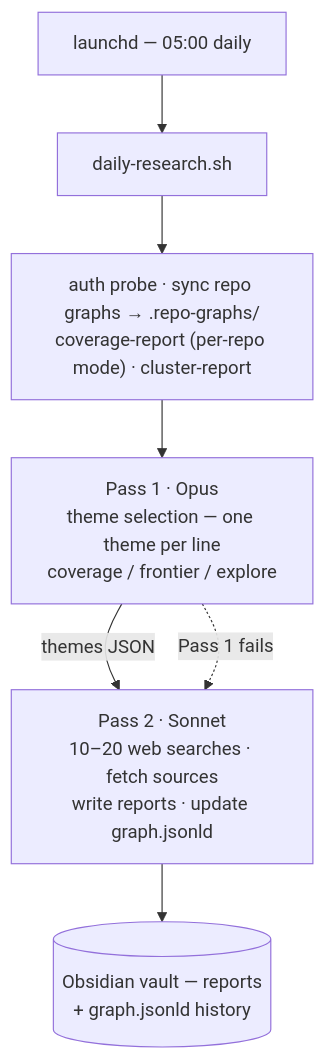
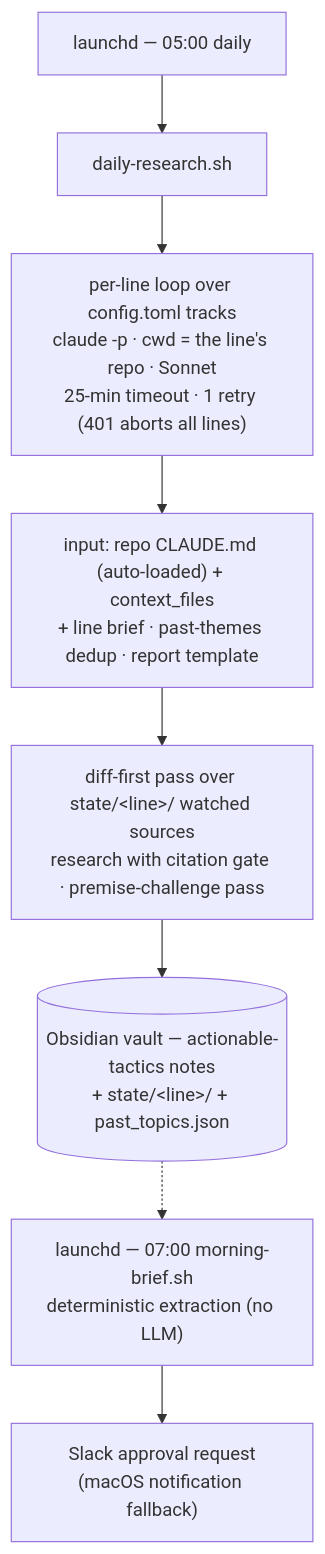
The diagram in README.md (shimo4228/daily-research), drawn with Mermaid before and after one commit. The commit also changed other lines of this file and 33 other files, not shown here.

````diff
--- a/README.md
+++ b/README.md
@@ -15,9 +15,10 @@
 ```mermaid
 flowchart TD
     cron["launchd — 05:00 daily"] --> orch["daily-research.sh"]
-    orch --> prep["auth probe · sync repo graphs → .repo-graphs/<br/>coverage-report (per-repo mode) · cluster-report"]
-    prep --> p1["Pass 1 · Opus<br/>theme selection — one theme per line<br/>coverage / frontier / explore"]
-    p1 -->|themes JSON| p2["Pass 2 · Sonnet<br/>10–20 web searches · fetch sources<br/>write reports · update graph.jsonld"]
-    p1 -.->|Pass 1 fails| p2
-    p2 --> out[("Obsidian vault — reports<br/>+ graph.jsonld history")]
+    orch --> loop["per-line loop over config.toml tracks<br/>claude -p · cwd = the line's repo · Sonnet<br/>25-min timeout · 1 retry (401 aborts all lines)"]
+    loop --> ctx["input: repo CLAUDE.md (auto-loaded) + context_files<br/>+ line brief · past-themes dedup · report template"]
+    ctx --> run["diff-first pass over state/&lt;line&gt;/ watched sources<br/>research with citation gate · premise-challenge pass"]
+    run --> out[("Obsidian vault — actionable-tactics notes<br/>+ state/&lt;line&gt;/ + past_topics.json")]
+    out -.-> brief["launchd — 07:00 morning-brief.sh<br/>deterministic extraction (no LLM)"]
+    brief --> slack["Slack approval request<br/>(macOS notification fallback)"]
 ```
````
